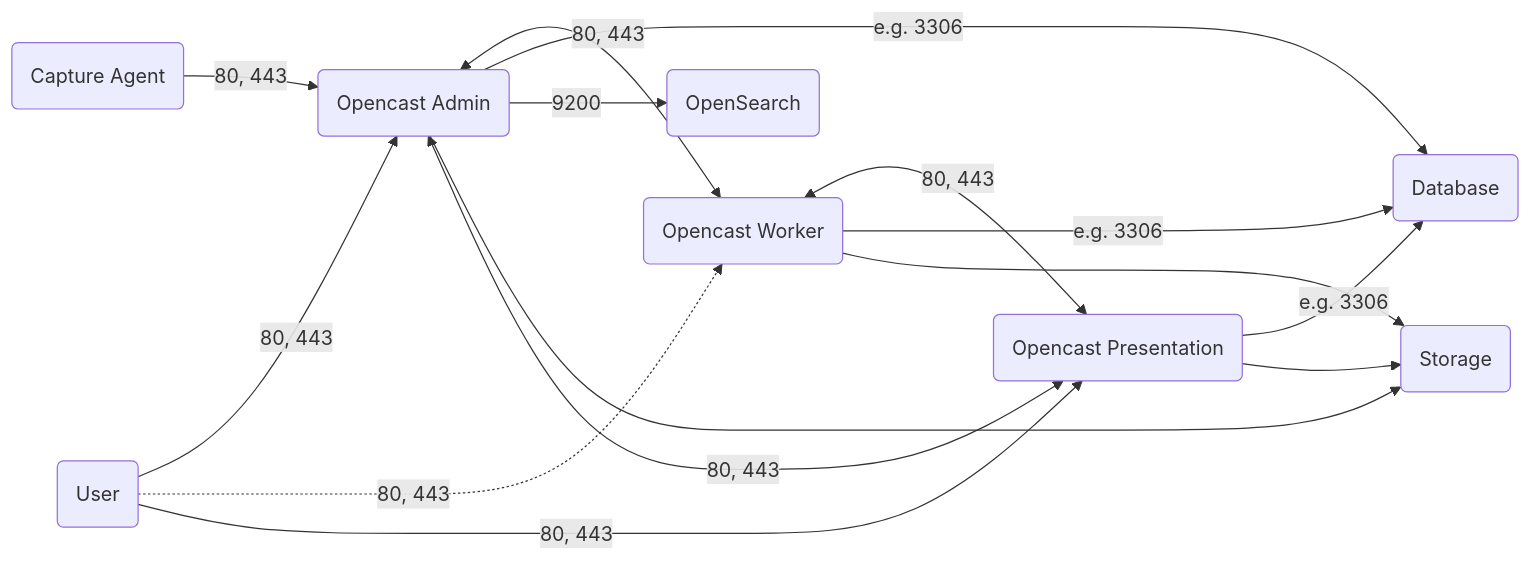
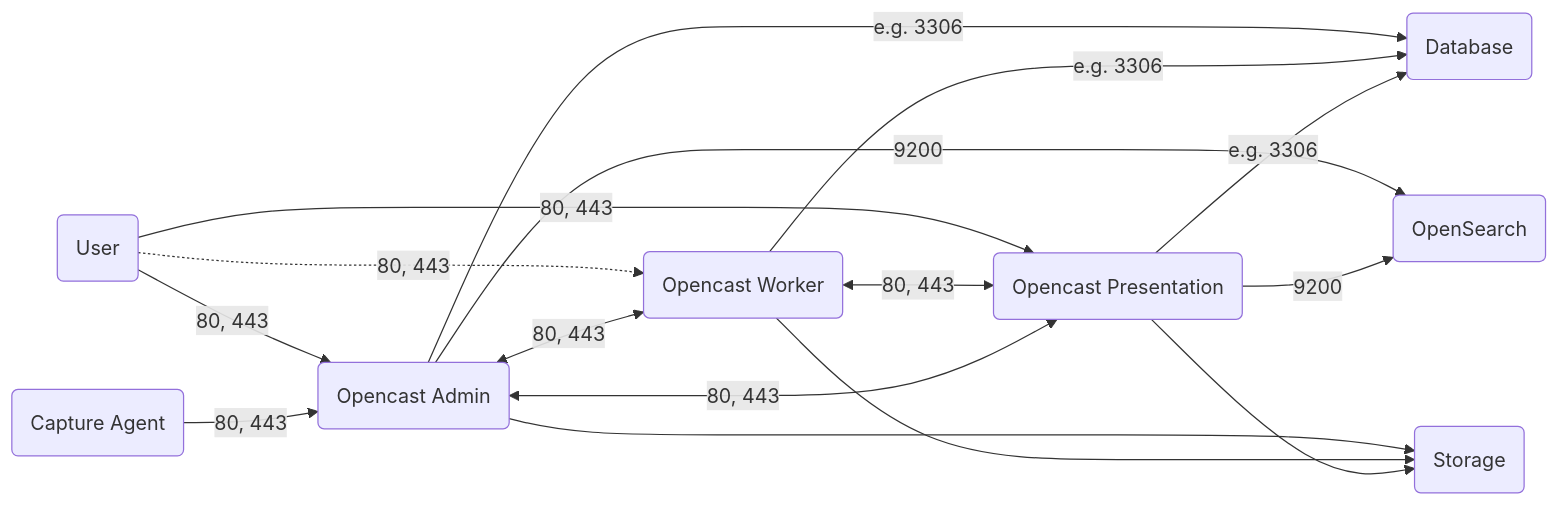
One commit to opencast/opencast changed the diagram in docs/guides/admin/docs/configuration/firewall.md. Above: the diagram before and after it, drawn with Mermaid.

Commit message:
Add a connection from presentation to OpenSearch in firewall diagram
This patch adds a connection from the presentation node to OpenSearch
in the firewall diagram since the search and playlist services now need
that connection due to us removing Solr.

````diff
--- a/docs/guides/admin/docs/configuration/firewall.md
+++ b/docs/guides/admin/docs/configuration/firewall.md
@@ -21,18 +21,19 @@
 ```mermaid
 graph LR
 
   user(User) -->|80, 443| oc1(Opencast Admin)
   user -.->|80, 443| oc2(Opencast Worker)
   user -->|80, 443| oc3(Opencast Presentation)
   oc1 <-->|80, 443| oc2
   oc2 <-->|80, 443| oc3
   oc3 <-->|80, 443| oc1
   oc1 -->|e.g. 3306| db(Database)
   oc2 -->|e.g. 3306| db
   oc3 -->|e.g. 3306| db
   oc1 -->|9200| os(OpenSearch)
+  oc3 -->|9200| os(OpenSearch)
   oc1 --> storage(Storage)
   oc2 --> storage
   oc3 --> storage
   ca(Capture Agent) -->|80, 443| oc1
 ```
````
